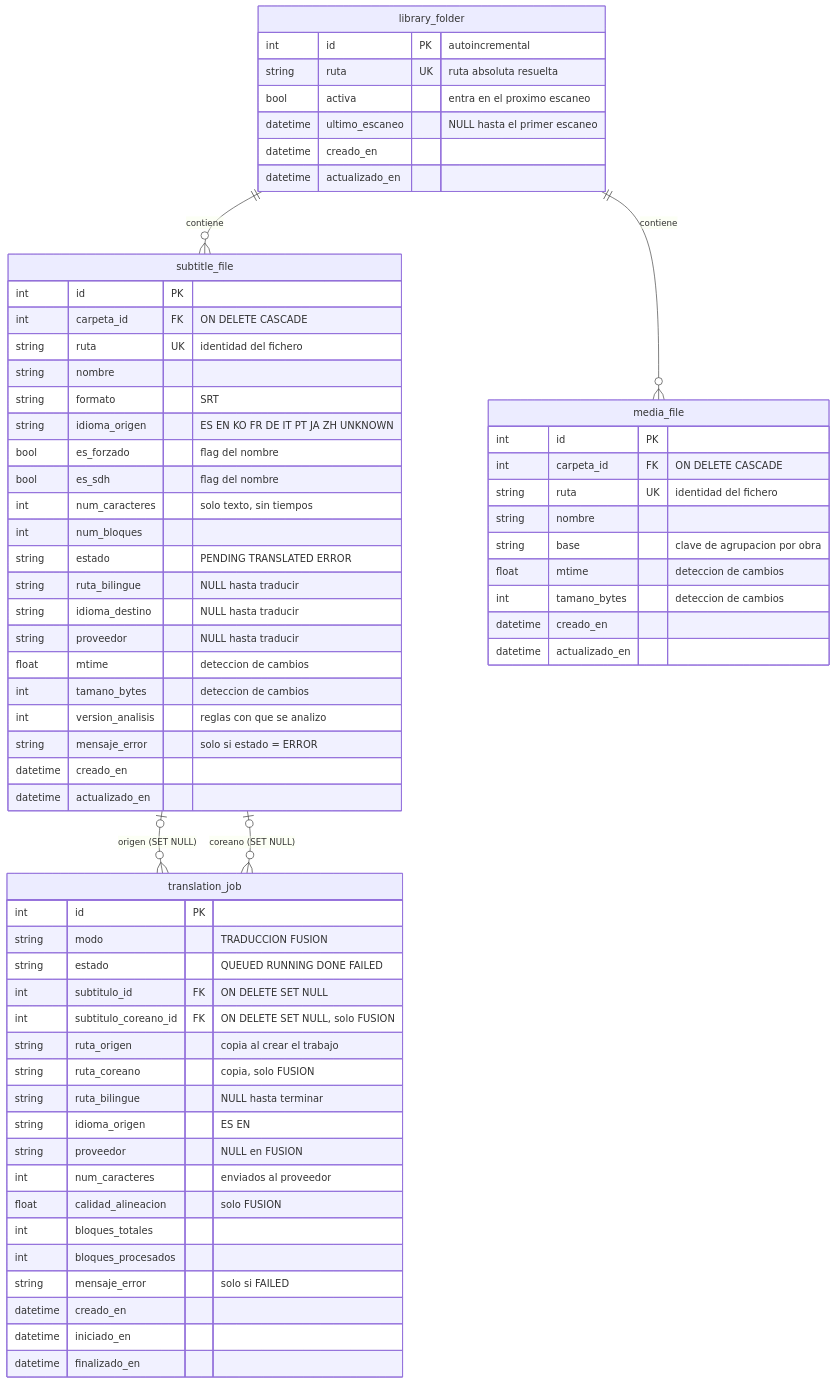
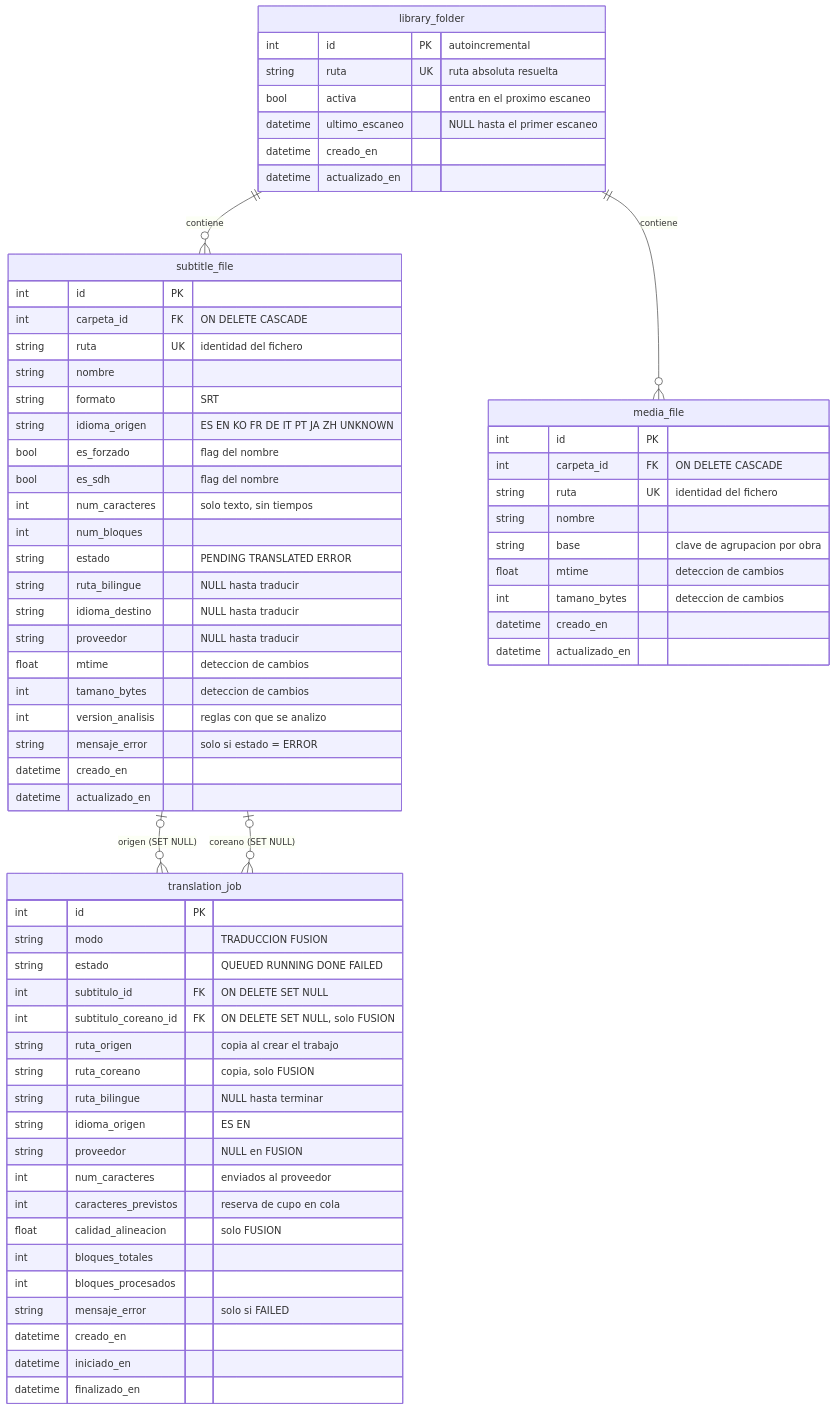
The diagram in docs/modelo-datos.md (C4rl3s/srt-bilingual), drawn with Mermaid before and after one commit. The commit also changed other lines of this file and 14 other files, not shown here.

````diff
--- a/docs/modelo-datos.md
+++ b/docs/modelo-datos.md
@@ -29,72 +29,73 @@
 ```mermaid
 erDiagram
     library_folder ||--o{ subtitle_file : "contiene"
     library_folder ||--o{ media_file : "contiene"
     subtitle_file |o--o{ translation_job : "origen (SET NULL)"
     subtitle_file |o--o{ translation_job : "coreano (SET NULL)"
 
     translation_job {
         int      id                   PK
         string   modo                    "TRADUCCION FUSION"
         string   estado                  "QUEUED RUNNING DONE FAILED"
         int      subtitulo_id         FK "ON DELETE SET NULL"
         int      subtitulo_coreano_id FK "ON DELETE SET NULL, solo FUSION"
         string   ruta_origen             "copia al crear el trabajo"
         string   ruta_coreano            "copia, solo FUSION"
         string   ruta_bilingue           "NULL hasta terminar"
         string   idioma_origen           "ES EN"
         string   proveedor               "NULL en FUSION"
         int      num_caracteres          "enviados al proveedor"
+        int      caracteres_previstos    "reserva de cupo en cola"
         float    calidad_alineacion      "solo FUSION"
         int      bloques_totales
         int      bloques_procesados
         string   mensaje_error           "solo si FAILED"
         datetime creado_en
         datetime iniciado_en
         datetime finalizado_en
     }
 
     media_file {
         int      id             PK
         int      carpeta_id     FK "ON DELETE CASCADE"
         string   ruta           UK "identidad del fichero"
         string   nombre
         string   base              "clave de agrupacion por obra"
         float    mtime             "deteccion de cambios"
         int      tamano_bytes      "deteccion de cambios"
         datetime creado_en
         datetime actualizado_en
     }
 
     library_folder {
         int      id             PK "autoincremental"
         string   ruta           UK "ruta absoluta resuelta"
         bool     activa            "entra en el proximo escaneo"
         datetime ultimo_escaneo    "NULL hasta el primer escaneo"
         datetime creado_en
         datetime actualizado_en
     }
 
     subtitle_file {
         int      id             PK
         int      carpeta_id     FK "ON DELETE CASCADE"
         string   ruta           UK "identidad del fichero"
         string   nombre
         string   formato           "SRT"
         string   idioma_origen     "ES EN KO FR DE IT PT JA ZH UNKNOWN"
         bool     es_forzado        "flag del nombre"
         bool     es_sdh            "flag del nombre"
         int      num_caracteres    "solo texto, sin tiempos"
         int      num_bloques
         string   estado            "PENDING TRANSLATED ERROR"
         string   ruta_bilingue     "NULL hasta traducir"
         string   idioma_destino    "NULL hasta traducir"
         string   proveedor         "NULL hasta traducir"
         float    mtime             "deteccion de cambios"
         int      tamano_bytes      "deteccion de cambios"
         int      version_analisis  "reglas con que se analizo"
         string   mensaje_error     "solo si estado = ERROR"
         datetime creado_en
         datetime actualizado_en
     }
 ```
````
